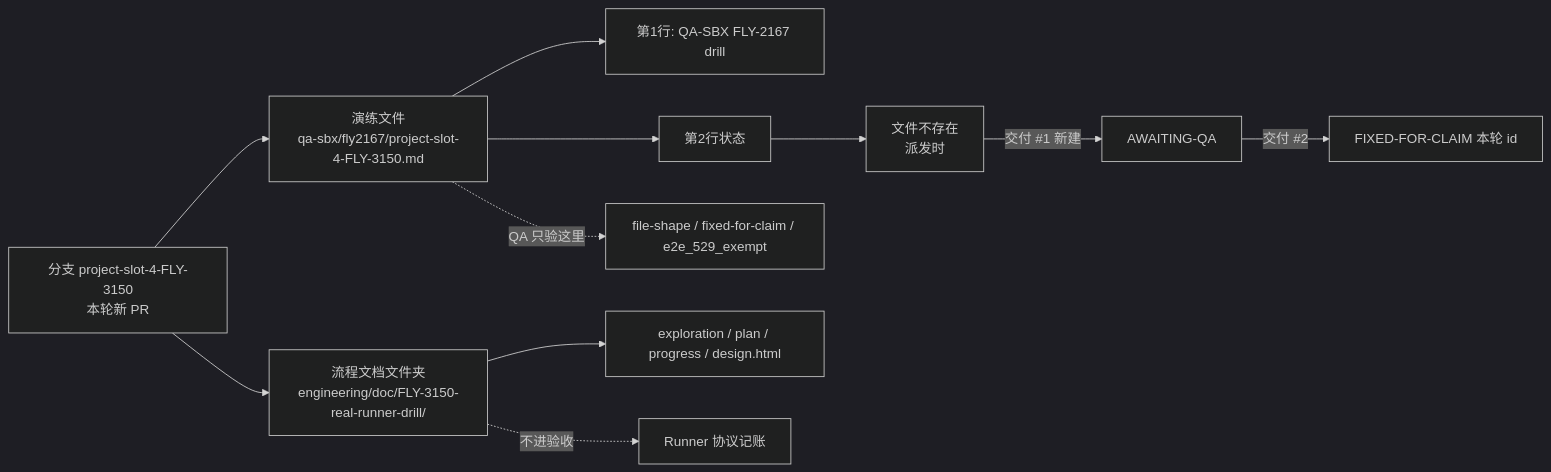
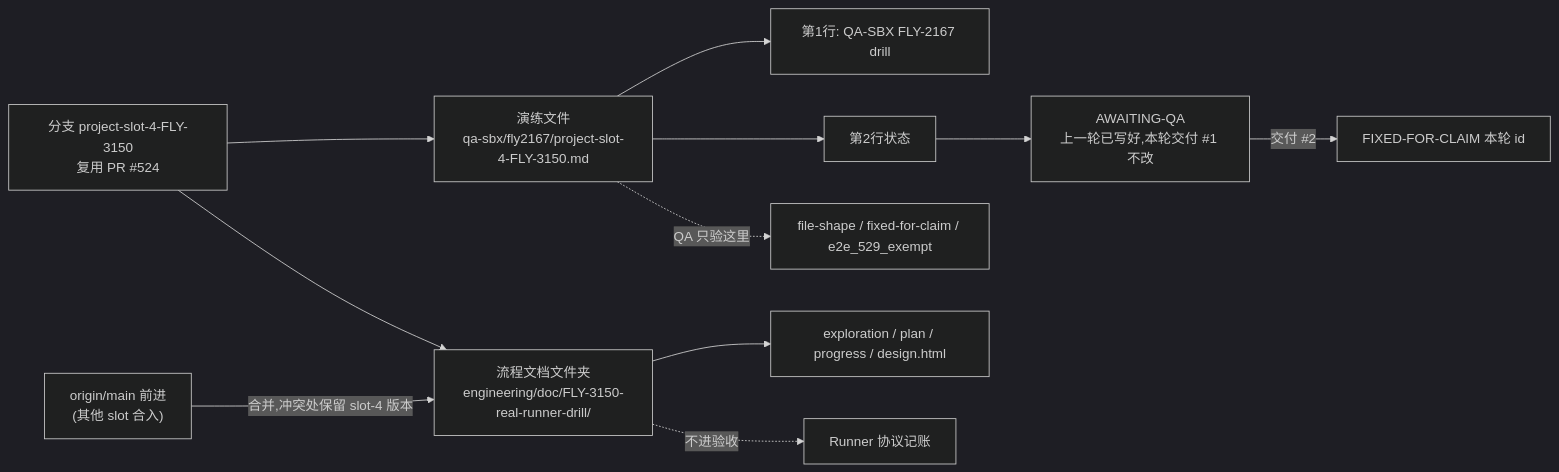
Before and after one commit to xrliAnnie/flywheel-qa-sandbox: the diagram in engineering/doc/FLY-3150-real-runner-drill/d2-data-model.mmd, drawn with Mermaid (dark theme). The commit also changed 5 other files, not shown here.

Commit message:
docs(qa-sbx): FLY-3150 plan R1 fix + founder diagrams (run f461016e)

```diff
--- a/engineering/doc/FLY-3150-real-runner-drill/d2-data-model.mmd
+++ b/engineering/doc/FLY-3150-real-runner-drill/d2-data-model.mmd
@@ -1,11 +1,11 @@
 flowchart LR
-    B["分支 project-slot-4-FLY-3150<br/>本轮新 PR"] --> T["演练文件<br/>qa-sbx/fly2167/project-slot-4-FLY-3150.md"]
+    B["分支 project-slot-4-FLY-3150<br/>复用 PR #524"] --> T["演练文件<br/>qa-sbx/fly2167/project-slot-4-FLY-3150.md"]
     B --> P["流程文档文件夹<br/>engineering/doc/FLY-3150-real-runner-drill/"]
     T --> L1["第1行: QA-SBX FLY-2167 drill"]
     T --> L2["第2行状态"]
-    L2 --> S0["文件不存在<br/>派发时"]
-    S0 -->|"交付 #1 新建"| S1["AWAITING-QA"]
+    L2 --> S1["AWAITING-QA<br/>上一轮已写好,本轮交付 #1 不改"]
     S1 -->|"交付 #2"| S2["FIXED-FOR-CLAIM 本轮 id"]
     P --> X["exploration / plan / progress / design.html"]
+    M["origin/main 前进<br/>(其他 slot 合入)"] -->|"合并,冲突处保留 slot-4 版本"| P
     T -. "QA 只验这里" .-> C["file-shape / fixed-for-claim / e2e_529_exempt"]
     P -. "不进验收" .-> N["Runner 协议记账"]
```
